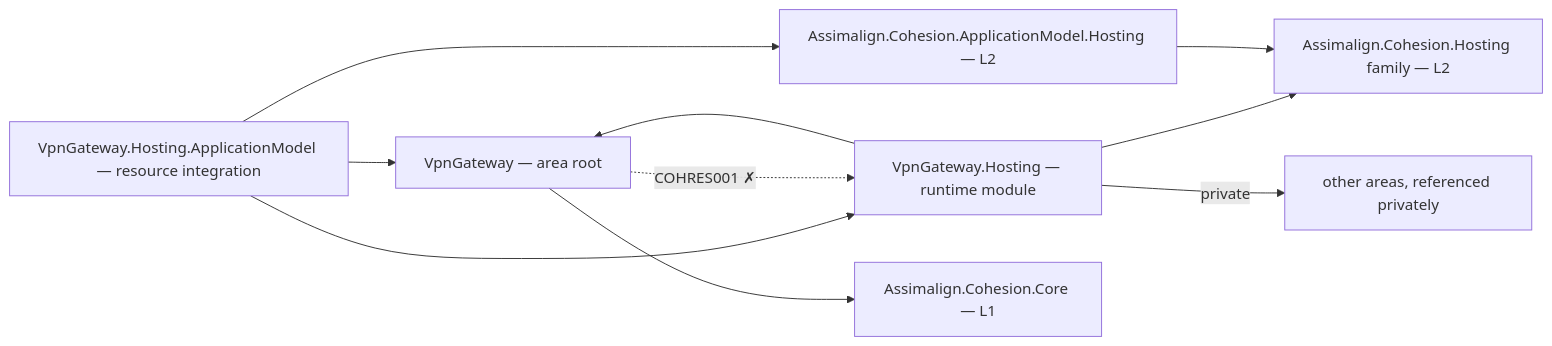
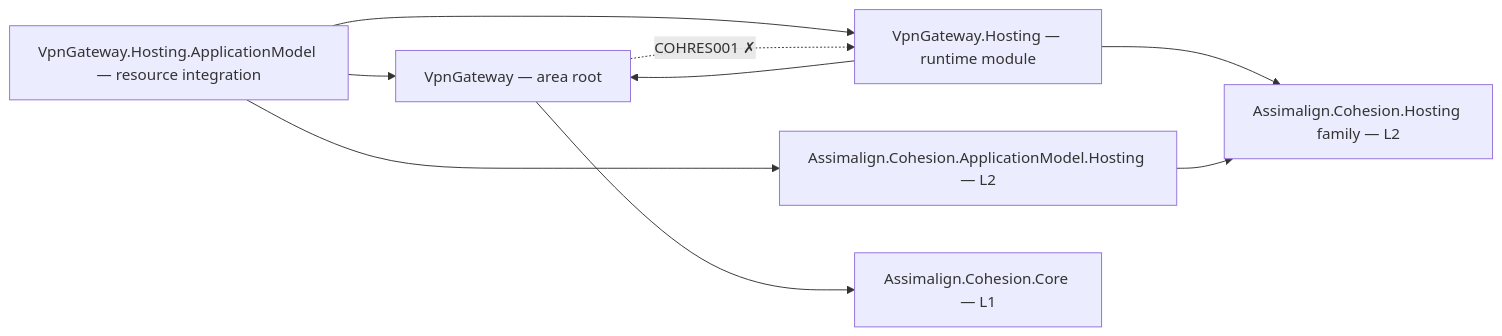
Before and after one commit to assimalign/cohesion: the diagram in resources/VpnGateway/README.md, drawn with Mermaid. The commit also changed 114 other files, not shown here.

````diff
--- a/resources/VpnGateway/README.md
+++ b/resources/VpnGateway/README.md
@@ -12,19 +12,17 @@
 ```mermaid
 flowchart LR
     P0["VpnGateway — area root"]
     P2["VpnGateway.Hosting — runtime module"]
     PAM["VpnGateway.Hosting.ApplicationModel — resource integration"]
     AMH["Assimalign.Cohesion.ApplicationModel.Hosting — L2"]
     CORE["Assimalign.Cohesion.Core — L1"]
     HOSTFAM["Assimalign.Cohesion.Hosting family — L2"]
-    PRIV["other areas, referenced privately"]
     P0 --> CORE
     P2 --> HOSTFAM
     P2 --> P0
-    P2 -->|"private"| PRIV
     PAM --> P2
     PAM --> P0
     PAM --> AMH
     AMH --> HOSTFAM
     P0 -.->|"COHRES001 ✗"| P2
 ```
````
